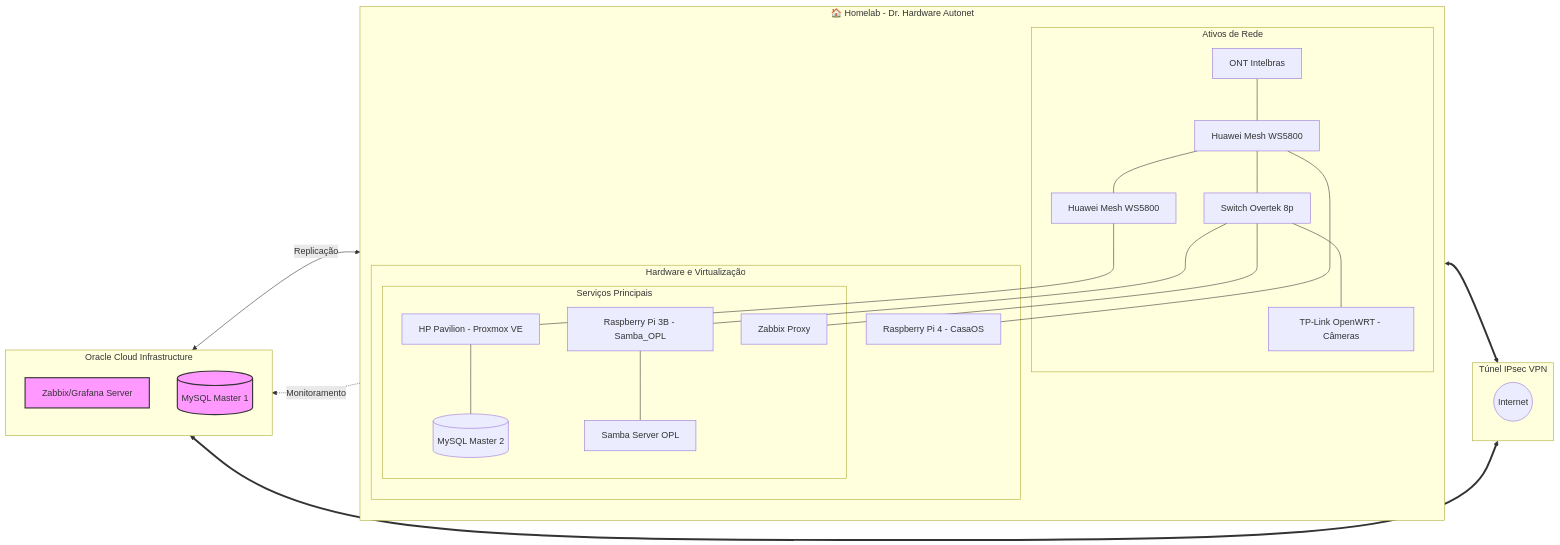
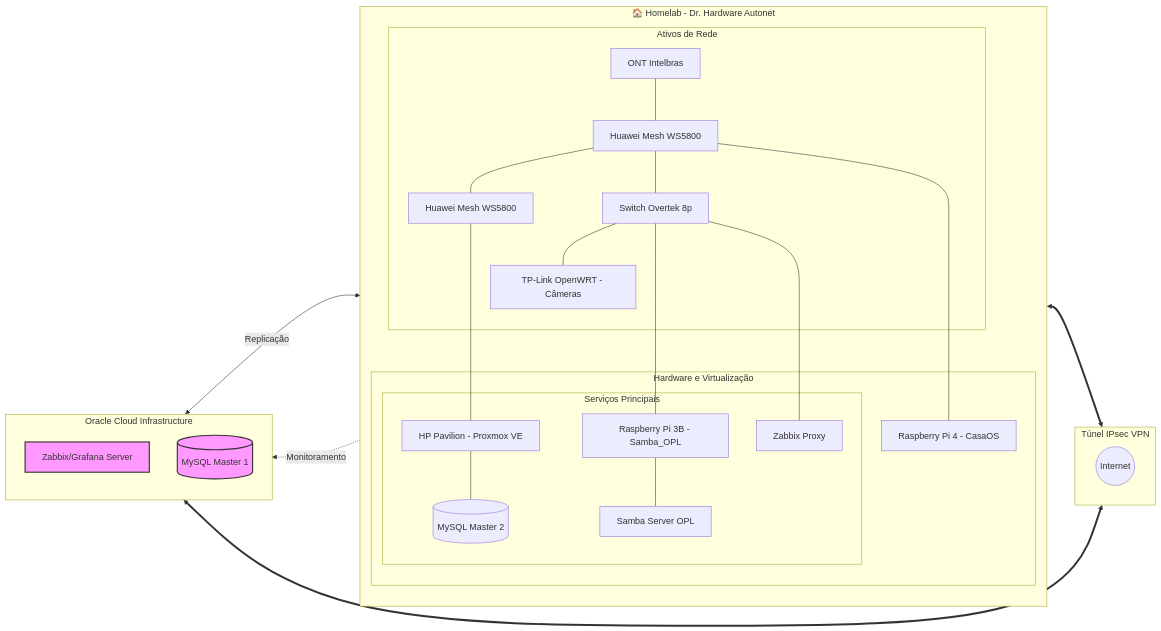
Before and after one commit to kevindexter22/Dr-Hardware-Autonet: the diagram in Infraestructure/README.md, drawn with Mermaid.

````diff
--- a/Infraestructure/README.md
+++ b/Infraestructure/README.md
@@ -13,47 +13,47 @@
 ```mermaid
 graph LR
     %% Definição de Estilos
     classDef cloud fill:#f9f,stroke:#333,stroke-width:2px;
     classDef local fill:#bbf,stroke:#333,stroke-width:2px;
     classDef hardware fill:#dfd,stroke:#333,stroke-width:1px;
 
 subgraph Home [🏠 Homelab - Dr. Hardware Autonet]
         direction TB
         
         subgraph Net [Ativos de Rede]
             ONT[ONT Intelbras] --- R1[Huawei Mesh WS5800]
             R1 --- R2[Huawei Mesh WS5800]
             R1 --- SW1[Switch Overtek 8p]
             SW1 --- R3[TP-Link OpenWRT - Câmeras]
         end
 
         subgraph Compute [Hardware e Virtualização]
-            R1 --- RPi4[Raspberry Pi 4 - CasaOS]
-            R2 --- HP[HP Pavilion - Proxmox VE]
-            SW1 --- RPi3[Raspberry Pi 3B - Samba_OPL]
+            R1 ---- RPi4[Raspberry Pi 4 - CasaOS]
+            R2 ---- HP[HP Pavilion - Proxmox VE]
+            SW1 ---- RPi3[Raspberry Pi 3B - Samba_OPL]
             
             subgraph Services [Serviços Principais]
                 SW1 --- ZP[Zabbix Proxy]
                 HP --- M2[(MySQL Master 2)]
                 RPi3 --- Samba[Samba Server OPL]
             end
         end
     end
     
       subgraph VPN [Túnel IPsec VPN]
         direction LR
         Tunnel((Internet))
     end
 
     subgraph OCI [Oracle Cloud Infrastructure]
         direction TB
         ZS[Zabbix/Grafana Server]:::cloud
         M1[(MySQL Master 1)]:::cloud
     end
   
     %% Conexões Lógicas
     M1 <--> |Replicação| M2
     ZP -.-> |Monitoramento| ZS
     R1 <==> VPN <==> OCI
 
 ```
````
